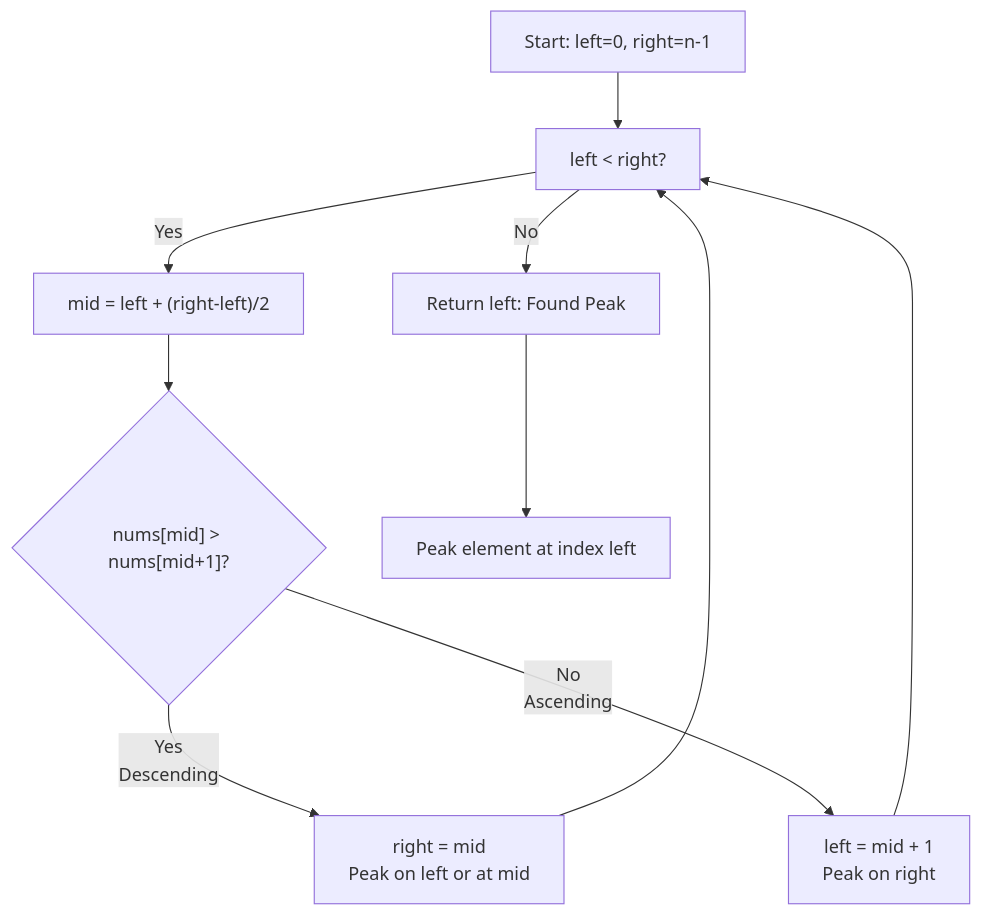
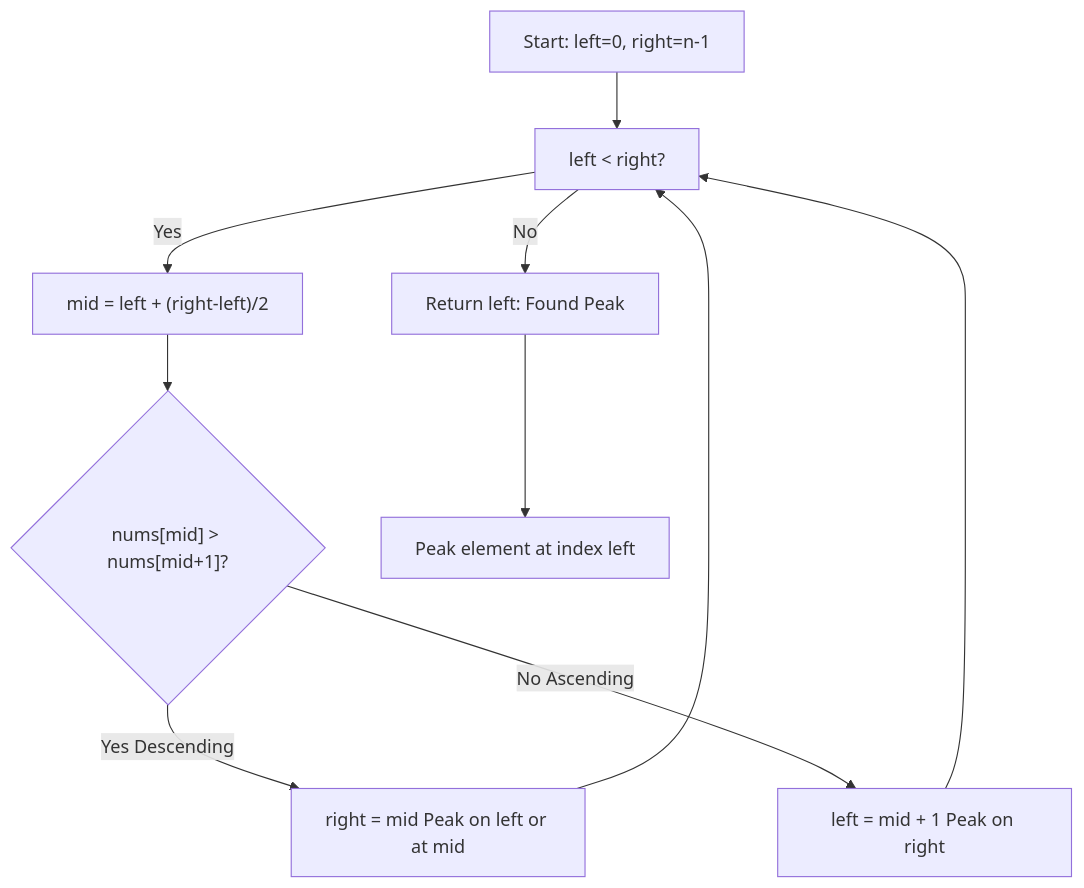
Before and after one commit to cyberstoneac/dsa_docs: the third of 5 diagrams in docs/binary-search.md, drawn with Mermaid. The commit also changed other lines of this file and 17 other files, not shown here.

````diff
--- a/docs/binary-search.md
+++ b/docs/binary-search.md
@@ -420,12 +405,12 @@
 ```mermaid
 graph TD
     A["Start: left=0, right=n-1"] --> B["left < right?"]
     B -->|No| C["Return left: Found Peak"]
     B -->|Yes| D["mid = left + (right-left)/2"]
     D --> E{"nums[mid] > nums[mid+1]?"}
-    E -->|Yes<br/>Descending| F["right = mid<br/>Peak on left or at mid"]
-    E -->|No<br/>Ascending| G["left = mid + 1<br/>Peak on right"]
+    E -->|Yes Descending| F["right = mid Peak on left or at mid"]
+    E -->|No Ascending| G["left = mid + 1 Peak on right"]
     F --> B
     G --> B
     C --> H["Peak element at index left"]
 ```
````
